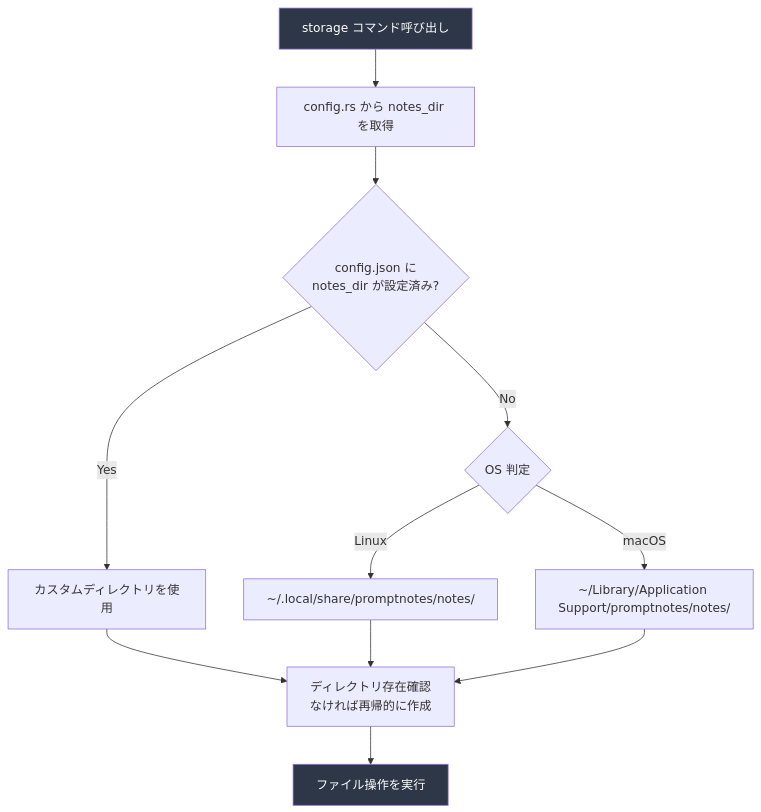
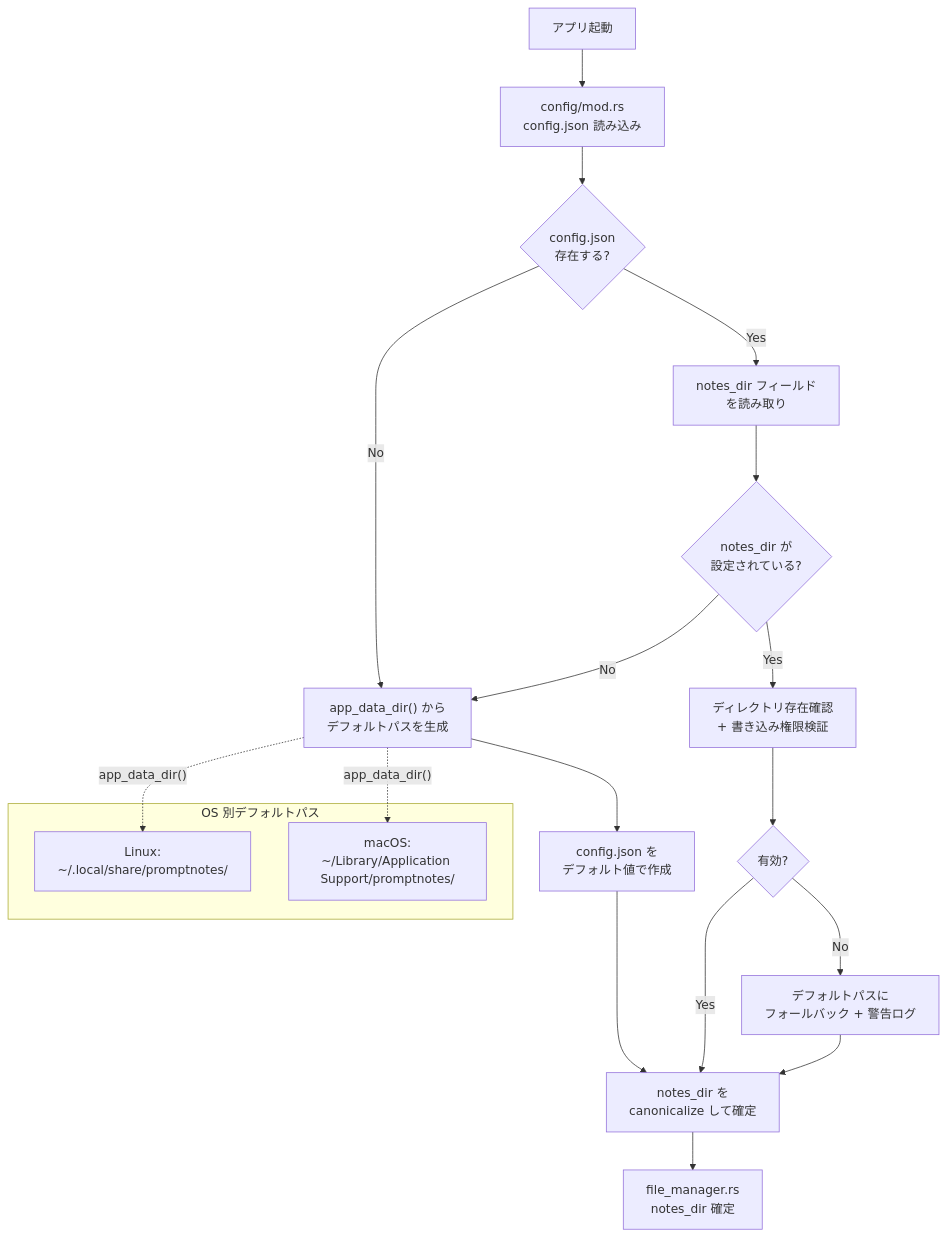
One commit to dev-komenzar/prompt-notes changed the third of 4 diagrams in docs/detailed_design/storage_fileformat_design.md. Above: the diagram before and after it, drawn with Mermaid. The commit also changed other lines of this file and 12 other files, not shown here.

````diff
--- a/docs/detailed_design/storage_fileformat_design.md
+++ b/docs/detailed_design/storage_fileformat_design.md
@@ -127,16 +157,26 @@
 ```mermaid
 flowchart TD
-    Start["storage コマンド呼び出し"] --> ReadConfig["config.rs から notes_dir を取得"]
-    ReadConfig --> HasCustom{config.json に<br/>notes_dir が設定済み?}
-    HasCustom -->|Yes| UseCustom["カスタムディレクトリを使用"]
-    HasCustom -->|No| DetectOS{OS 判定}
-    DetectOS -->|Linux| Linux["~/.local/share/promptnotes/notes/"]
-    DetectOS -->|macOS| Mac["~/Library/Application Support/promptnotes/notes/"]
-    UseCustom --> EnsureDir["ディレクトリ存在確認<br/>なければ再帰的に作成"]
-    Linux --> EnsureDir
-    Mac --> EnsureDir
-    EnsureDir --> Execute["ファイル操作を実行"]
+    START["アプリ起動"] --> READ_CONF["config/mod.rs<br/>config.json 読み込み"]
+    READ_CONF --> CONF_EXISTS{config.json<br/>存在する?}
+    CONF_EXISTS -->|Yes| PARSE["notes_dir フィールド<br/>を読み取り"]
+    CONF_EXISTS -->|No| DEFAULT["app_data_dir() から<br/>デフォルトパスを生成"]
+    DEFAULT --> CREATE_CONF["config.json を<br/>デフォルト値で作成"]
+    CREATE_CONF --> RESOLVE
+    PARSE --> CUSTOM{notes_dir が<br/>設定されている?}
+    CUSTOM -->|Yes| VALIDATE["ディレクトリ存在確認<br/>+ 書き込み権限検証"]
+    CUSTOM -->|No| DEFAULT
+    VALIDATE --> VALID{有効?}
+    VALID -->|Yes| RESOLVE["notes_dir を<br/>canonicalize して確定"]
+    VALID -->|No| FALLBACK["デフォルトパスに<br/>フォールバック + 警告ログ"]
+    FALLBACK --> RESOLVE
 
-    style Start fill:#2d3748,color:#fff
-    style Execute fill:#2d3748,color:#fff
+    RESOLVE --> READY["file_manager.rs<br/>notes_dir 確定"]
+
+    subgraph "OS 別デフォルトパス"
+        LINUX["Linux:<br/>~/.local/share/promptnotes/"]
+        MACOS["macOS:<br/>~/Library/Application Support/promptnotes/"]
+    end
+
+    DEFAULT -.->|"app_data_dir()"| LINUX
+    DEFAULT -.->|"app_data_dir()"| MACOS
 ```
````
